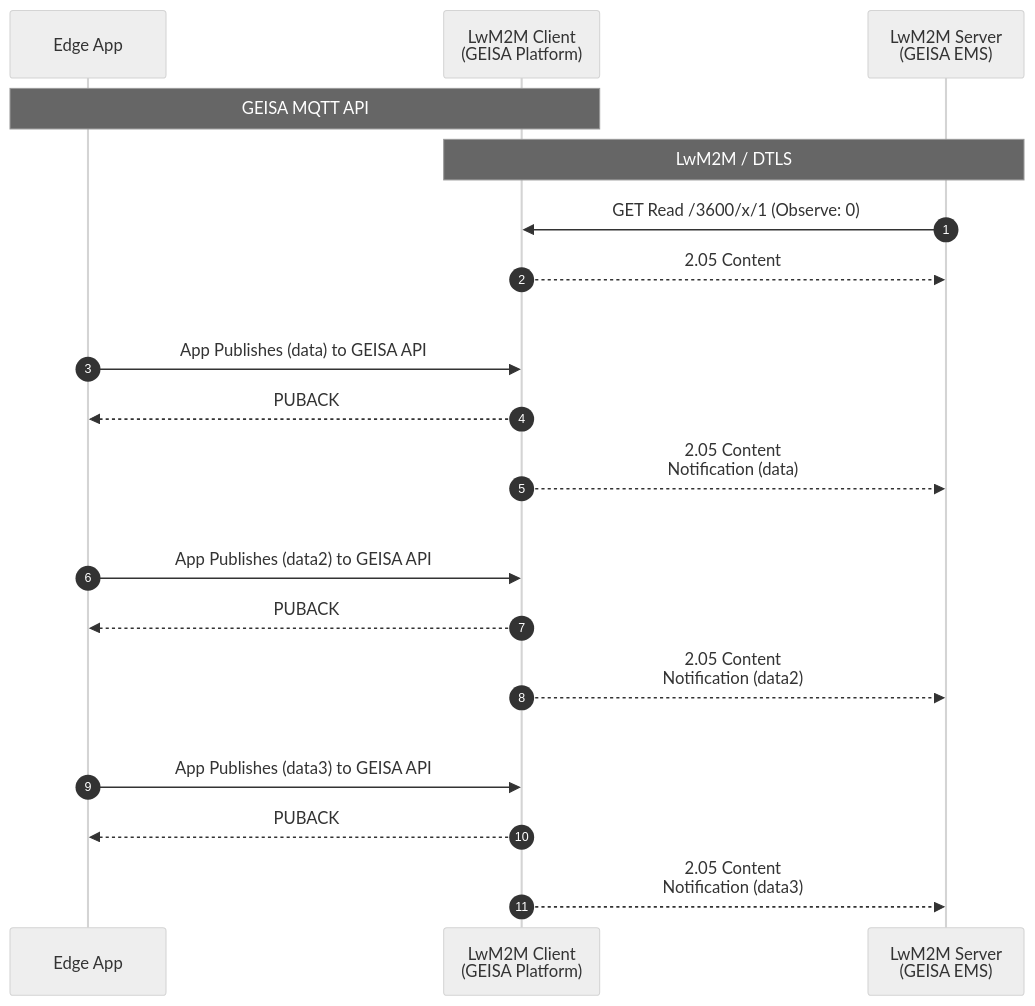
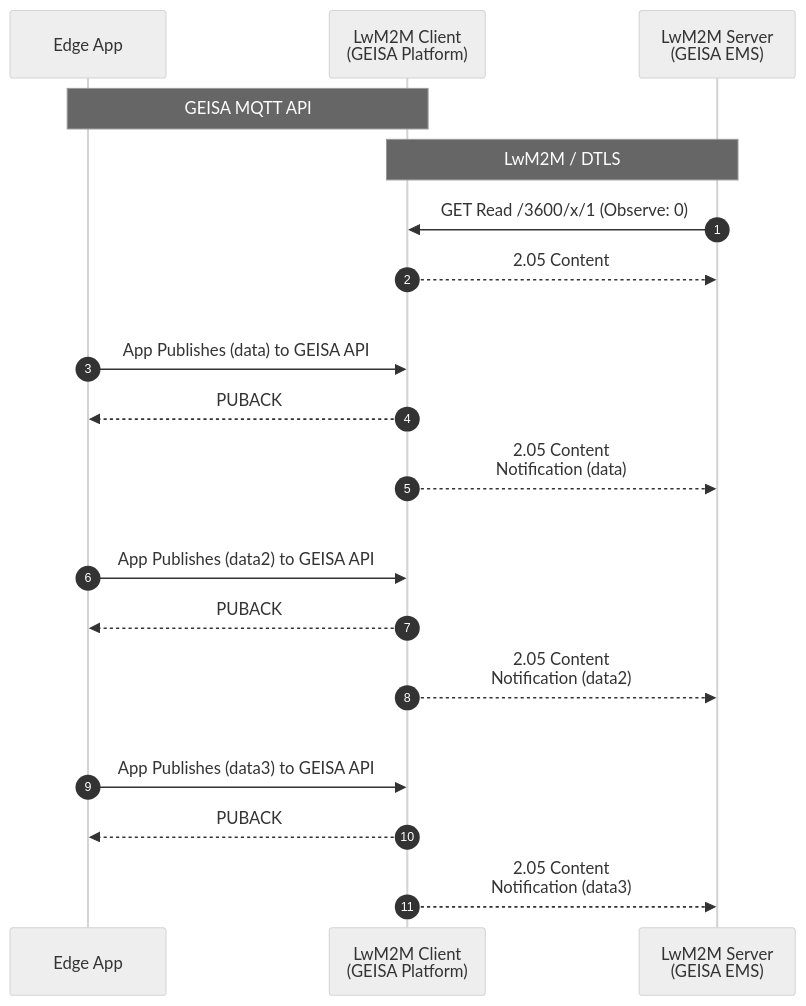
Before and after one commit to geisa/specification: the diagram in source/adm/app-messaging-data.mermaid, drawn with Mermaid.

```diff
--- a/source/adm/app-messaging-data.mermaid
+++ b/source/adm/app-messaging-data.mermaid
@@ -1,38 +1,38 @@
 ---
 config:
   look: classic
   theme: neutral
 ---
 
 %%
 %%  Copyright 2025, Contributors to the Grid Edge Interoperability & Security Alliance (GEISA) a Series of LF Projects, LLC  
 %%  This file is licensed under the Community Specification License 1.0 available at:
 %%  https://github.com/geisa/specification/blob/main/LICENSE.md or
 %%  https://github.com/CommunitySpecification/Community_Specification/blob/main/1._Community_Specification_License-v1.md
 %%
 %%
 
-%%{init: { 'sequence': { 'actorMargin': 150 } } }%%
+%%{init: { 'sequence': { 'actorMargin': 40 } } }%%
 
 sequenceDiagram
     autonumber
     participant A as Edge App
     participant C as LwM2M Client<br/>(GEISA Platform)
     participant S as LwM2M Server<br/>(GEISA EMS)
 
     Note over A,C: GEISA MQTT API
     Note over C,S: LwM2M / DTLS                
     S->>C: GET Read /3600/x/1 (Observe: 0)
     C-->>S: 2.05 Content
     
     A->>C: <br/><br/>App Publishes (data) to GEISA API
     C-->>A: PUBACK
     C-->>S: 2.05 Content<br/>Notification (data)
 
     A->>C: <br/><br/>App Publishes (data2) to GEISA API
     C-->>A: PUBACK
     C-->>S: 2.05 Content<br/>Notification (data2)
 
     A->>C: <br/><br/>App Publishes (data3) to GEISA API
     C-->>A: PUBACK
     C-->>S: 2.05 Content<br/>Notification (data3)
```
